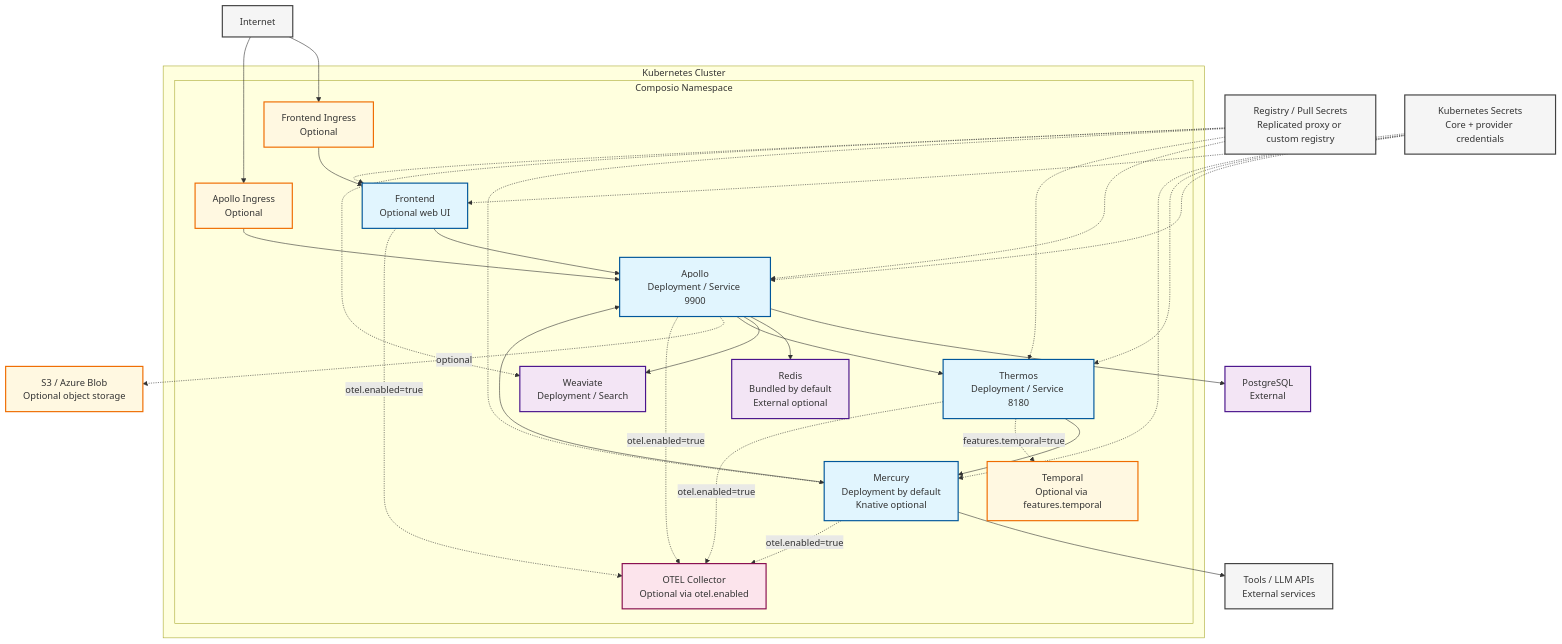
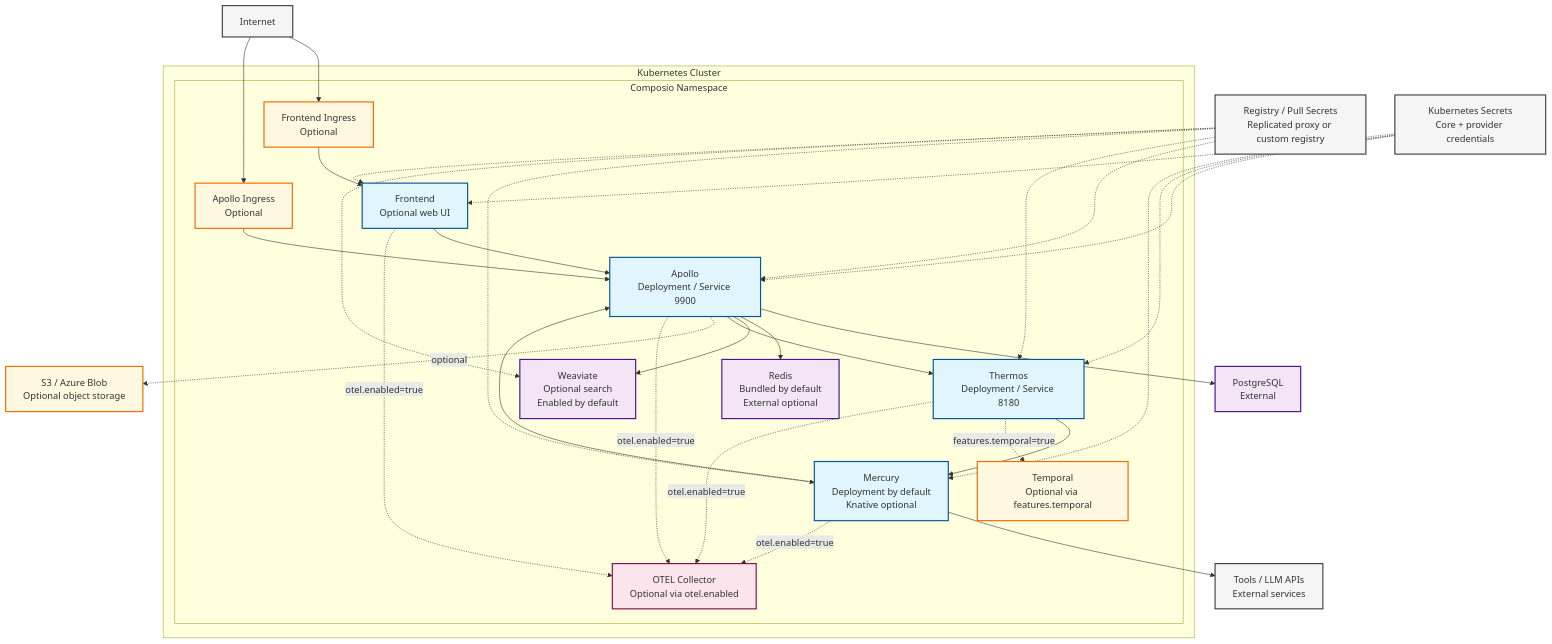
One commit to ComposioHQ/helm-charts changed the diagram in docs/architecture-diagram.md. Above: the diagram before and after it, drawn with Mermaid. The commit also changed other lines of this file and 3 other files, not shown here.

````diff
--- a/docs/architecture-diagram.md
+++ b/docs/architecture-diagram.md
@@ -7,71 +7,71 @@
 ```mermaid
 graph TB
     Internet["Internet"]
 
     subgraph "Kubernetes Cluster"
         subgraph "Composio Namespace"
             FrontendIngress["Frontend Ingress<br/>Optional"]
             ApolloIngress["Apollo Ingress<br/>Optional"]
             Frontend["Frontend<br/>Optional web UI"]
 
             Apollo["Apollo<br/>Deployment / Service 9900"]
             Thermos["Thermos<br/>Deployment / Service 8180"]
             Mercury["Mercury<br/>Deployment by default<br/>Knative optional"]
             Redis["Redis<br/>Bundled by default<br/>External optional"]
-            Weaviate["Weaviate<br/>Deployment / Search"]
+            Weaviate["Weaviate<br/>Optional search<br/>Enabled by default"]
             Temporal["Temporal<br/>Optional via features.temporal"]
             OtelCollector["OTEL Collector<br/>Optional via otel.enabled"]
         end
     end
 
     Postgres["PostgreSQL<br/>External"]
     ObjectStorage["S3 / Azure Blob<br/>Optional object storage"]
     ToolsAPIs["Tools / LLM APIs<br/>External services"]
     Registry["Registry / Pull Secrets<br/>Replicated proxy or custom registry"]
     Secrets["Kubernetes Secrets<br/>Core + provider credentials"]
 
     Internet --> FrontendIngress
     Internet --> ApolloIngress
     FrontendIngress --> Frontend
     Frontend --> Apollo
     ApolloIngress --> Apollo
 
     Apollo --> Postgres
     Apollo --> Redis
     Apollo --> Weaviate
     Apollo --> Thermos
     Apollo -. optional .-> ObjectStorage
 
     Thermos --> Mercury
     Thermos -. "features.temporal=true" .-> Temporal
 
     Mercury --> Apollo
     Mercury --> ToolsAPIs
 
     Apollo -. "otel.enabled=true" .-> OtelCollector
     Thermos -. "otel.enabled=true" .-> OtelCollector
     Mercury -. "otel.enabled=true" .-> OtelCollector
     Frontend -. "otel.enabled=true" .-> OtelCollector
 
     Secrets -.-> Apollo
     Secrets -.-> Thermos
     Secrets -.-> Mercury
     Secrets -.-> Frontend
     Registry -.-> Apollo
     Registry -.-> Thermos
     Registry -.-> Mercury
     Registry -.-> Weaviate
     Registry -.-> Frontend
 
     classDef app fill:#e1f5fe,stroke:#01579b,stroke-width:2px
     classDef data fill:#f3e5f5,stroke:#4a148c,stroke-width:2px
     classDef optional fill:#fff8e1,stroke:#ef6c00,stroke-width:2px
     classDef external fill:#f5f5f5,stroke:#424242,stroke-width:2px
     classDef observability fill:#fce4ec,stroke:#880e4f,stroke-width:2px
 
     class Apollo,Thermos,Mercury,Frontend app
     class Redis,Weaviate,Postgres data
     class Temporal,ObjectStorage,FrontendIngress,ApolloIngress optional
     class Internet,ToolsAPIs,Registry,Secrets external
     class OtelCollector observability
 ```
````
